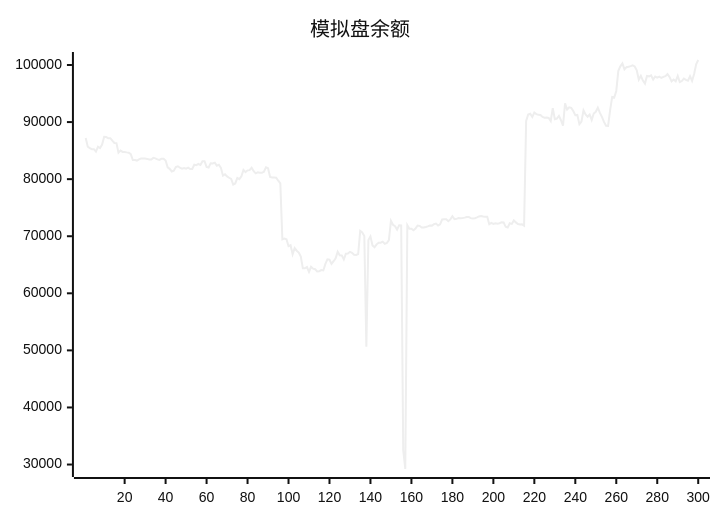
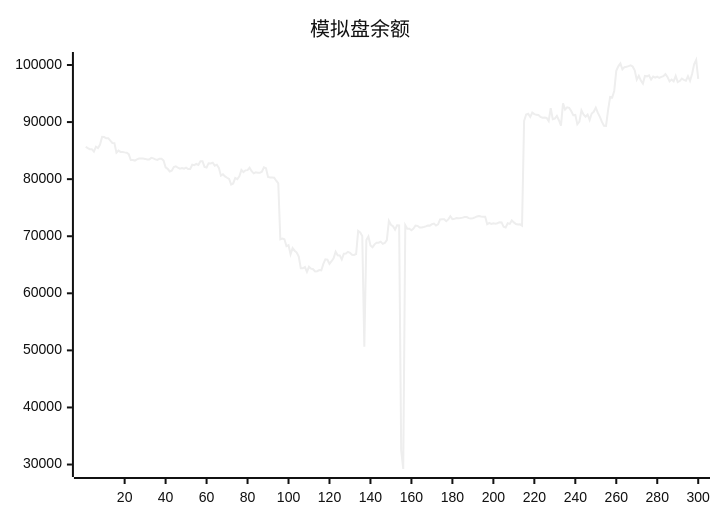
Before and after one commit to aahl/ai-trading: the diagram in README.md, drawn with Mermaid (neutral theme). The commit also changed other lines of this file and 1 other file, not shown here.

````diff
--- a/README.md
+++ b/README.md
@@ -5,5 +5,5 @@
 ```mermaid
 xychart
     title "模拟盘余额"
-    line [87209,85686,85435,85251,85255,84820,85689,85453,86066,87420,87373,87161,87178,86740,86341,86315,84643,85012,84772,84768,84690,84635,84376,83360,83357,83259,83474,83608,83606,83602,83548,83440,83454,83724,83644,83464,83365,83590,83592,83275,82072,81806,81344,81492,82109,82254,82006,81848,81955,81829,82022,81769,81776,82522,82441,82656,82498,83144,83144,82150,82038,82797,82763,82872,82367,82536,81981,80612,80862,80484,80242,80034,79063,79245,80226,80016,80507,81625,81233,81544,81578,82016,81401,81019,81186,81130,81118,81306,82066,81909,80392,80304,80291,80258,79729,79261,69466,69579,69456,68251,68415,66832,67911,67462,67144,66432,64380,64375,64606,63740,64647,64324,64216,63842,63877,64078,64008,65156,65945,65888,65157,65625,66144,67284,66653,66639,65924,66925,66956,67263,67108,66766,66729,66886,70927,70673,70049,50652,69334,69973,68400,68061,68578,68876,68879,69055,68662,68822,69329,72687,71999,71760,71162,71911,71896,32500,29218,71927,71297,71305,71044,71337,71883,71822,71536,71536,71622,71723,71880,71860,72100,72216,71887,72077,72940,72976,72966,72638,72948,73497,73004,73041,73173,73160,73186,73258,73375,73351,73173,73098,73161,73305,73474,73536,73457,73413,73412,72100,72333,72164,72272,72204,72285,72461,72421,71652,71521,72267,72157,72774,72424,72144,72060,72091,71858,90185,91338,91466,90900,91678,91404,91268,91244,90903,90779,90787,90721,90187,92429,90518,90619,91070,90328,89376,93286,92202,92581,92485,91947,91196,91259,89619,90086,92063,91355,90950,91327,90373,91498,91800,92531,91603,90910,90031,89351,89334,92097,94406,94315,95455,98972,99763,100286,99229,99622,99701,99805,99938,99738,99082,97430,98094,97267,96741,98081,98013,98194,97447,97983,97789,97969,97729,97911,98043,98405,97912,97120,97448,97154,98095,97021,97190,97616,97402,97263,98035,97210,98424,100120,100876]
+    line [85686,85435,85251,85255,84820,85689,85453,86066,87420,87373,87161,87178,86740,86341,86315,84643,85012,84772,84768,84690,84635,84376,83360,83357,83259,83474,83608,83606,83602,83548,83440,83454,83724,83644,83464,83365,83590,83592,83275,82072,81806,81344,81492,82109,82254,82006,81848,81955,81829,82022,81769,81776,82522,82441,82656,82498,83144,83144,82150,82038,82797,82763,82872,82367,82536,81981,80612,80862,80484,80242,80034,79063,79245,80226,80016,80507,81625,81233,81544,81578,82016,81401,81019,81186,81130,81118,81306,82066,81909,80392,80304,80291,80258,79729,79261,69466,69579,69456,68251,68415,66832,67911,67462,67144,66432,64380,64375,64606,63740,64647,64324,64216,63842,63877,64078,64008,65156,65945,65888,65157,65625,66144,67284,66653,66639,65924,66925,66956,67263,67108,66766,66729,66886,70927,70673,70049,50652,69334,69973,68400,68061,68578,68876,68879,69055,68662,68822,69329,72687,71999,71760,71162,71911,71896,32500,29218,71927,71297,71305,71044,71337,71883,71822,71536,71536,71622,71723,71880,71860,72100,72216,71887,72077,72940,72976,72966,72638,72948,73497,73004,73041,73173,73160,73186,73258,73375,73351,73173,73098,73161,73305,73474,73536,73457,73413,73412,72100,72333,72164,72272,72204,72285,72461,72421,71652,71521,72267,72157,72774,72424,72144,72060,72091,71858,90185,91338,91466,90900,91678,91404,91268,91244,90903,90779,90787,90721,90187,92429,90518,90619,91070,90328,89376,93286,92202,92581,92485,91947,91196,91259,89619,90086,92063,91355,90950,91327,90373,91498,91800,92531,91603,90910,90031,89351,89334,92097,94406,94315,95455,98972,99763,100286,99229,99622,99701,99805,99938,99738,99082,97430,98094,97267,96741,98081,98013,98194,97447,97983,97789,97969,97729,97911,98043,98405,97912,97120,97448,97154,98095,97021,97190,97616,97402,97263,98035,97210,98424,100120,100876,97552]
 ```
````
